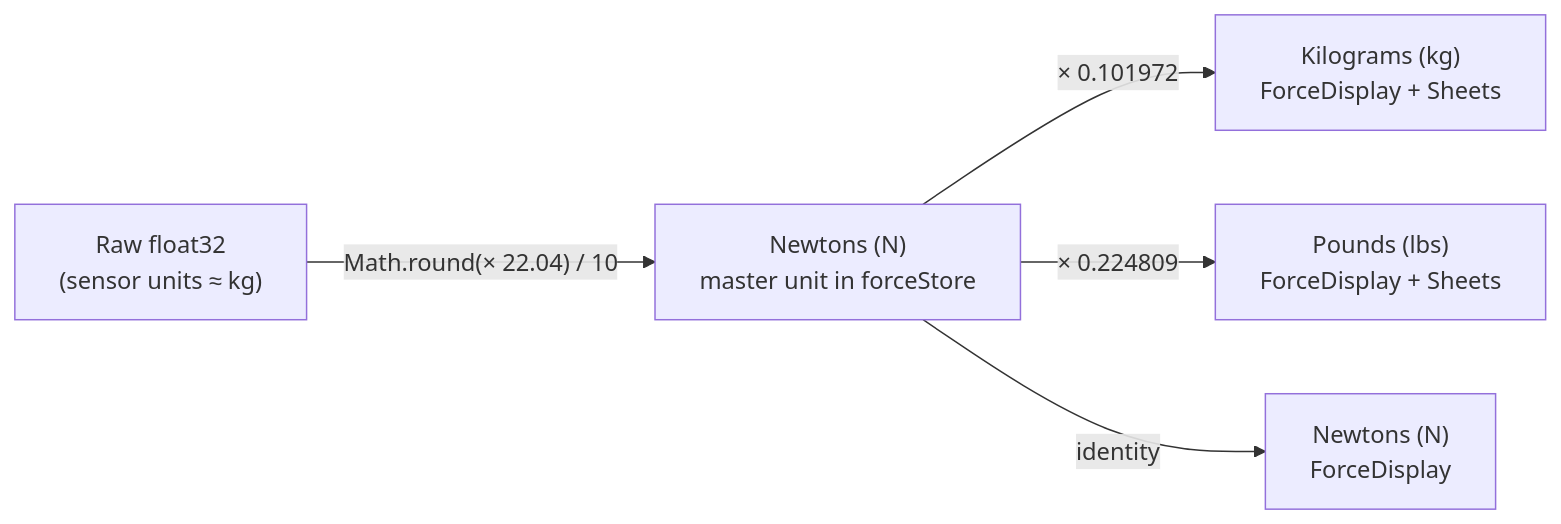
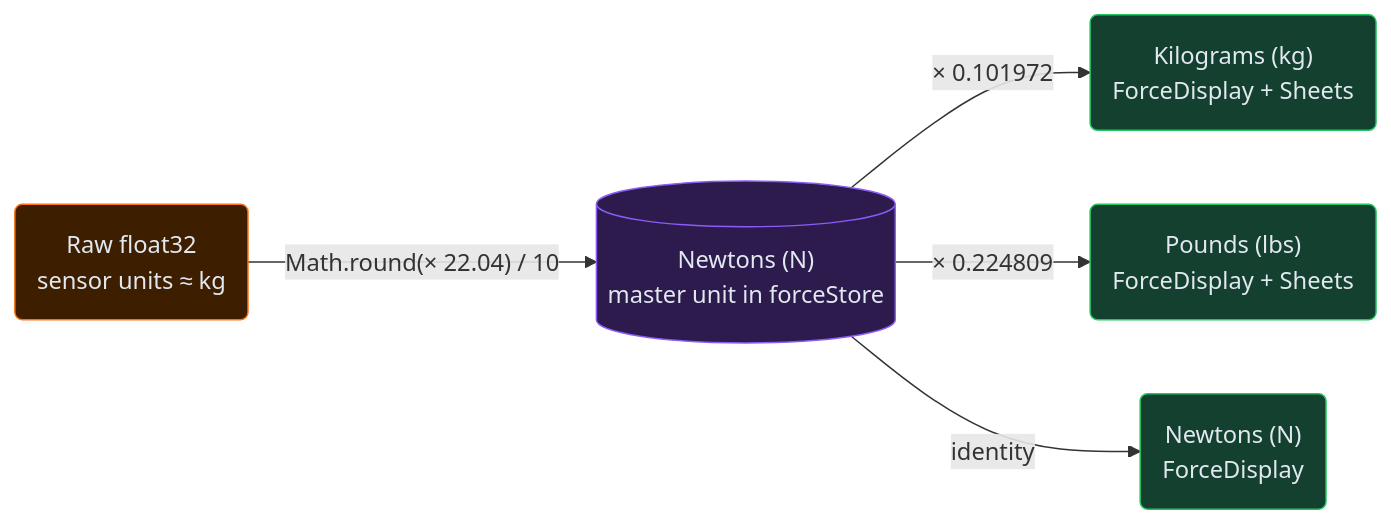
Before and after one commit to DerekLieww/Force-Recorder: diagram 18 of 23 in ARCHITECTURE.md, drawn with Mermaid. The commit also changed other lines of this file and 9 other files, not shown here.

````diff
--- a/ARCHITECTURE.md
+++ b/ARCHITECTURE.md
@@ -910,8 +1022,16 @@
 ```mermaid
 graph LR
-    Raw["Raw float32<br/>(sensor units ≈ kg)"]
-    Raw -->|"Math.round(× 22.04) / 10"| N["Newtons (N)<br/>master unit in forceStore"]
-    N -->|"× 0.101972"| KG["Kilograms (kg)<br/>ForceDisplay + Sheets"]
-    N -->|"× 0.224809"| LBS["Pounds (lbs)<br/>ForceDisplay + Sheets"]
-    N -->|"identity"| NN["Newtons (N)<br/>ForceDisplay"]
+    Raw("Raw float32<br/>sensor units ≈ kg")
+    Raw -->|"Math.round(× 22.04) / 10"| N[("Newtons (N)<br/>master unit in forceStore")]
+    N -->|"× 0.101972"| KG("Kilograms (kg)<br/>ForceDisplay + Sheets")
+    N -->|"× 0.224809"| LBS("Pounds (lbs)<br/>ForceDisplay + Sheets")
+    N -->|"identity"| NN("Newtons (N)<br/>ForceDisplay")
+
+    classDef raw fill:#3d1f00,stroke:#f97316,color:#e2e8f0
+    classDef master fill:#2d1b4e,stroke:#8b5cf6,color:#e2e8f0
+    classDef display fill:#14402f,stroke:#22c55e,color:#e2e8f0
+
+    class Raw raw
+    class N master
+    class KG,LBS,NN display
 ```
````
